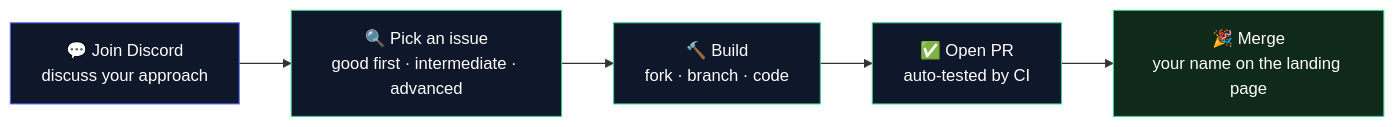
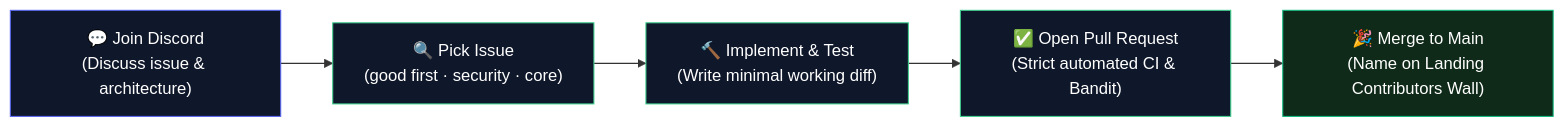
One commit to zqf20096327/dbhub_collect changed the sixth of 6 diagrams in data/readmes/Shinraya-Tech-Labs__AgentWatch.md. Above: the diagram before and after it, drawn with Mermaid. The commit also changed other lines of this file and 255 other files, not shown here.

````diff
--- a/data/readmes/Shinraya-Tech-Labs__AgentWatch.md
+++ b/data/readmes/Shinraya-Tech-Labs__AgentWatch.md
@@ -438,13 +466,13 @@
 ```mermaid
 flowchart LR
-    A["💬 Join Discord<br/>discuss your approach"] --> B["🔍 Pick an issue<br/>good first · intermediate · advanced"]
-    B --> C["🔨 Build<br/>fork · branch · code"]
-    C --> D["✅ Open PR<br/>auto-tested by CI"]
-    D --> E["🎉 Merge<br/>your name on the landing page"]
+    A["💬 Join Discord<br/>(Discuss issue & architecture)"] --> B["🔍 Pick Issue<br/>(good first · security · core)"]
+    B --> C["🔨 Implement & Test<br/>(Write minimal working diff)"]
+    C --> D["✅ Open Pull Request<br/>(Strict automated CI & Bandit)"]
+    D --> E["🎉 Merge to Main<br/>(Name on Landing Contributors Wall)"]
 
     style A fill:#0f172a,stroke:#5865F2,color:#fff
     style B fill:#0f172a,stroke:#3ecf8e,color:#fff
     style C fill:#0f172a,stroke:#3ecf8e,color:#fff
     style D fill:#0f172a,stroke:#3ecf8e,color:#fff
-    style E fill:#0f2a18,stroke:#3ecf8e,color:#fff
+    style E fill:#0f2a18,stroke:#10b981,color:#fff
 ```
````
